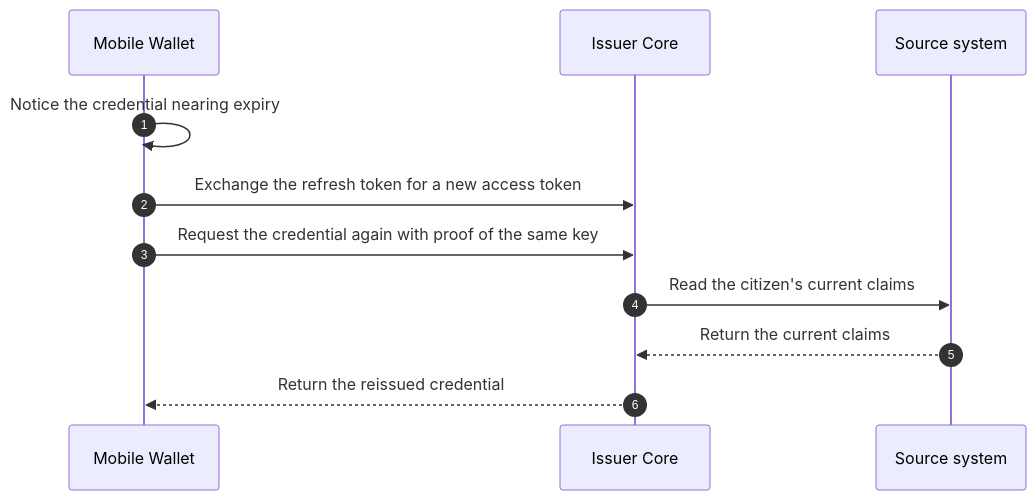
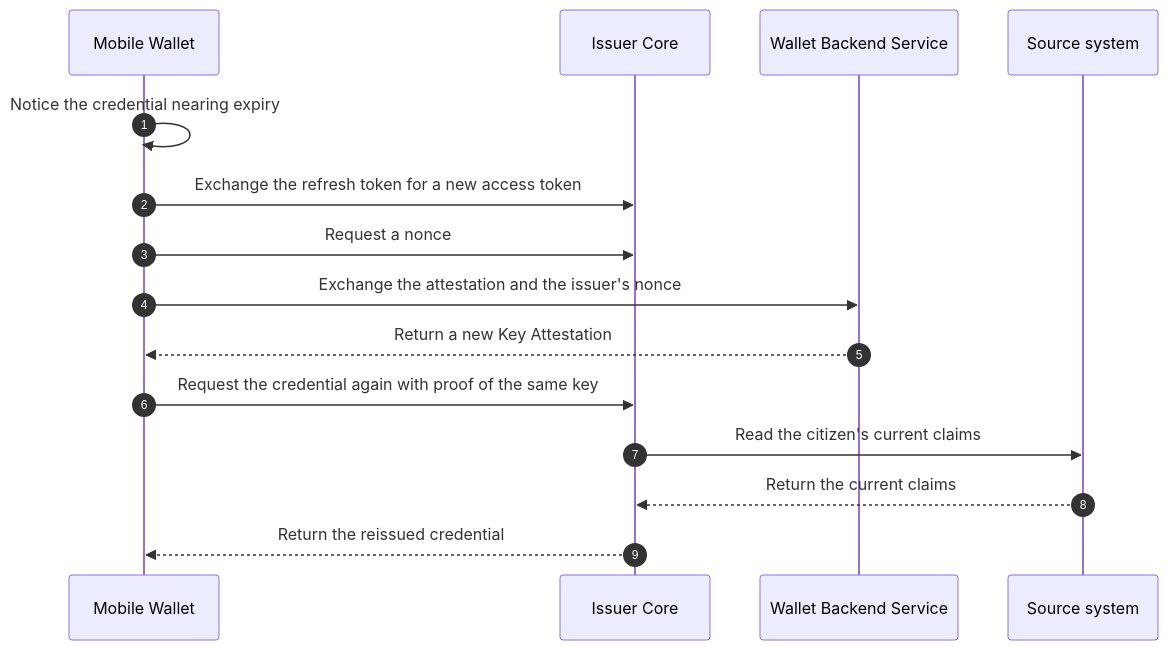
One commit to id-verifiable-credential-dev/id-doc-idctf changed diagram 13 of 14 in docs/architecture-framework/high-level-architecture/flows-per-use-case.md. Above: the diagram before and after it, drawn with Mermaid. The commit also changed other lines of this file and 158 other files, not shown here.

````diff
--- a/docs/architecture-framework/high-level-architecture/flows-per-use-case.md
+++ b/docs/architecture-framework/high-level-architecture/flows-per-use-case.md
@@ -1012,13 +1118,17 @@
 ```mermaid
 sequenceDiagram
     autonumber
     participant MW as Mobile Wallet
     participant IC as Issuer Core
+    participant WBS as Wallet Backend Service
     participant SS as Source system
     MW->>MW: Notice the credential nearing expiry
     MW->>IC: Exchange the refresh token for a new access token
+    MW->>IC: Request a nonce
+    MW->>WBS: Exchange the attestation and the issuer's nonce
+    WBS-->>MW: Return a new Key Attestation
     MW->>IC: Request the credential again with proof of the same key
     IC->>SS: Read the citizen's current claims
     SS-->>IC: Return the current claims
     IC-->>MW: Return the reissued credential
 ```
````
